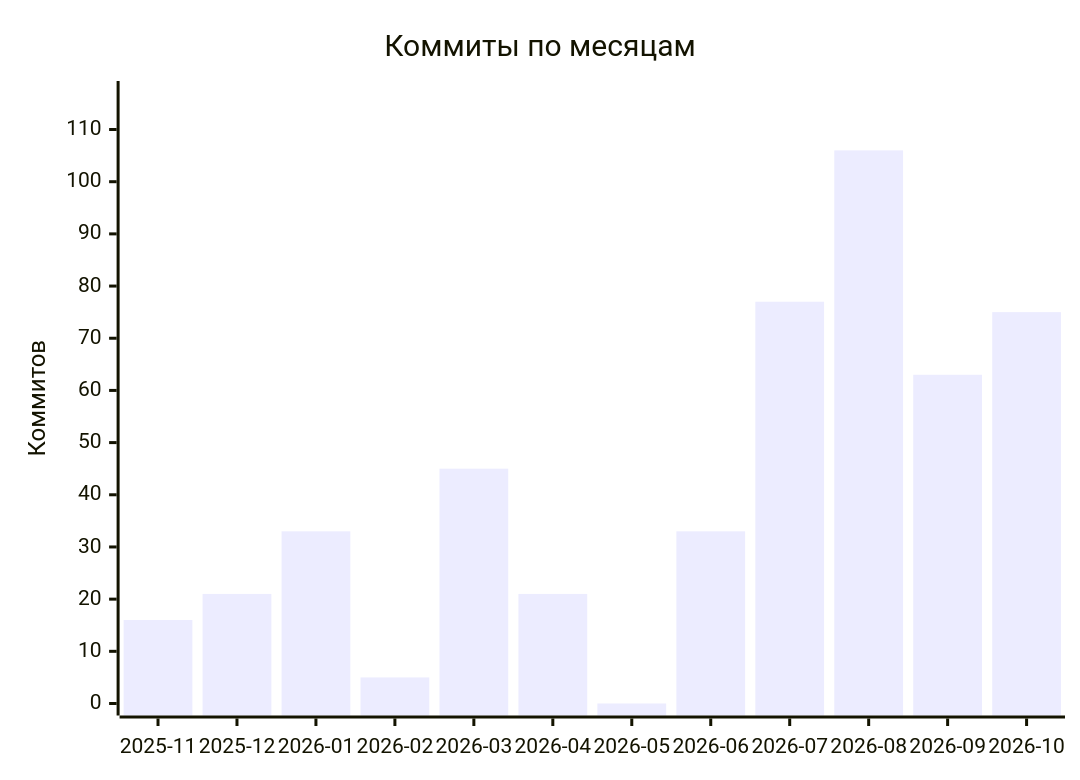
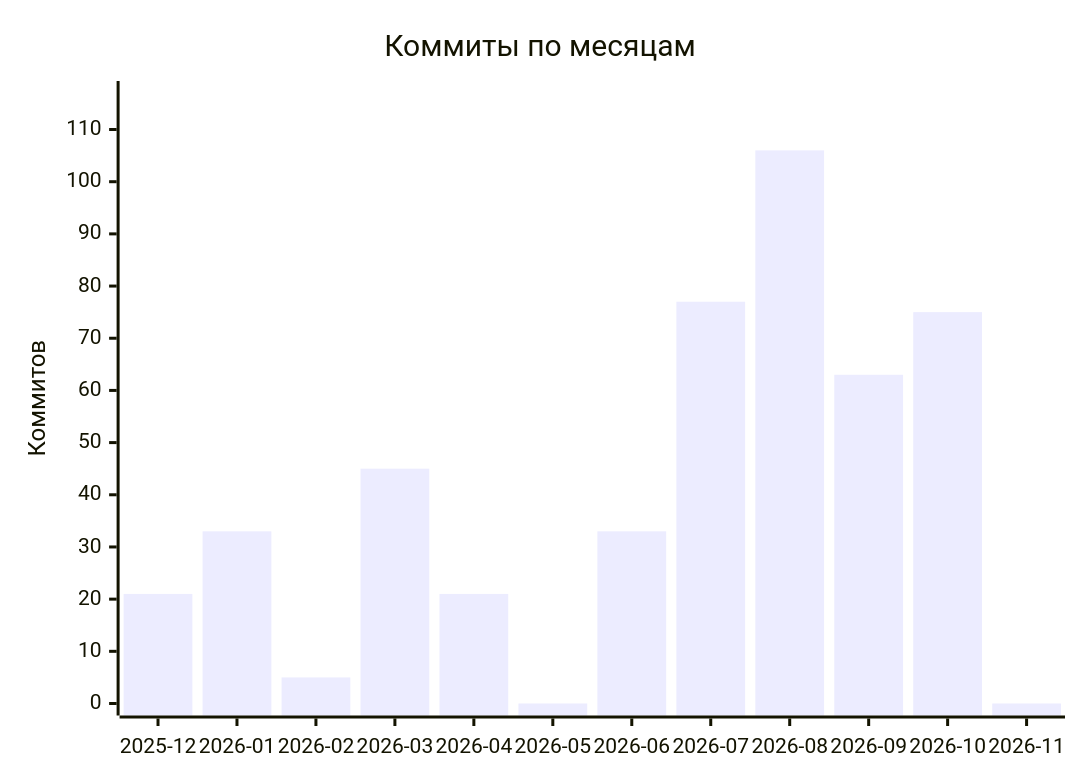
The diagram in README.md (malexple/malexple), drawn with Mermaid before and after one commit. The commit also changed other lines of this file, not shown here.

````diff
--- a/README.md
+++ b/README.md
@@ -323,7 +323,7 @@
 ```mermaid
 xychart-beta
     title "Коммиты по месяцам"
-    x-axis ["2025-11", "2025-12", "2026-01", "2026-02", "2026-03", "2026-04", "2026-05", "2026-06", "2026-07", "2026-08", "2026-09", "2026-10"]
+    x-axis ["2025-12", "2026-01", "2026-02", "2026-03", "2026-04", "2026-05", "2026-06", "2026-07", "2026-08", "2026-09", "2026-10", "2026-11"]
     y-axis "Коммитов" 0 --> 117
-    bar [16, 21, 33, 5, 45, 21, 0, 33, 77, 106, 63, 75]
+    bar [21, 33, 5, 45, 21, 0, 33, 77, 106, 63, 75, 0]
 ```
````
